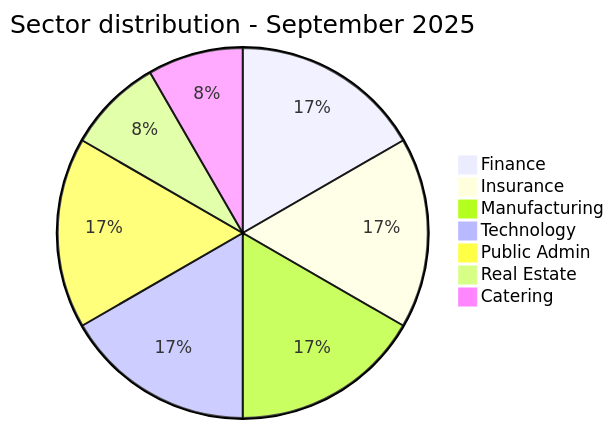
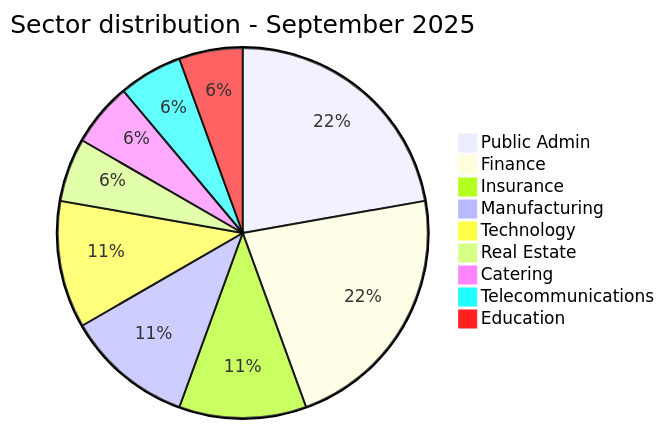
One commit to Hatchepsoute/AFRINTEL changed the first of 3 diagrams in CyberAttackAfrica/2025/09-september/README.md. Above: the diagram before and after it, drawn with Mermaid. The commit also changed other lines of this file and 255 other files, not shown here.

````diff
--- a/CyberAttackAfrica/2025/09-september/README.md
+++ b/CyberAttackAfrica/2025/09-september/README.md
@@ -61,10 +72,12 @@
 ```mermaid
 pie title Sector distribution - September 2025
-    "Finance" : 2
+    "Public Admin" : 4
+    "Finance" : 4
     "Insurance" : 2
     "Manufacturing" : 2
     "Technology" : 2
-    "Public Admin" : 2
     "Real Estate" : 1
     "Catering" : 1
+    "Telecommunications" : 1
+    "Education" : 1
 ```
````
